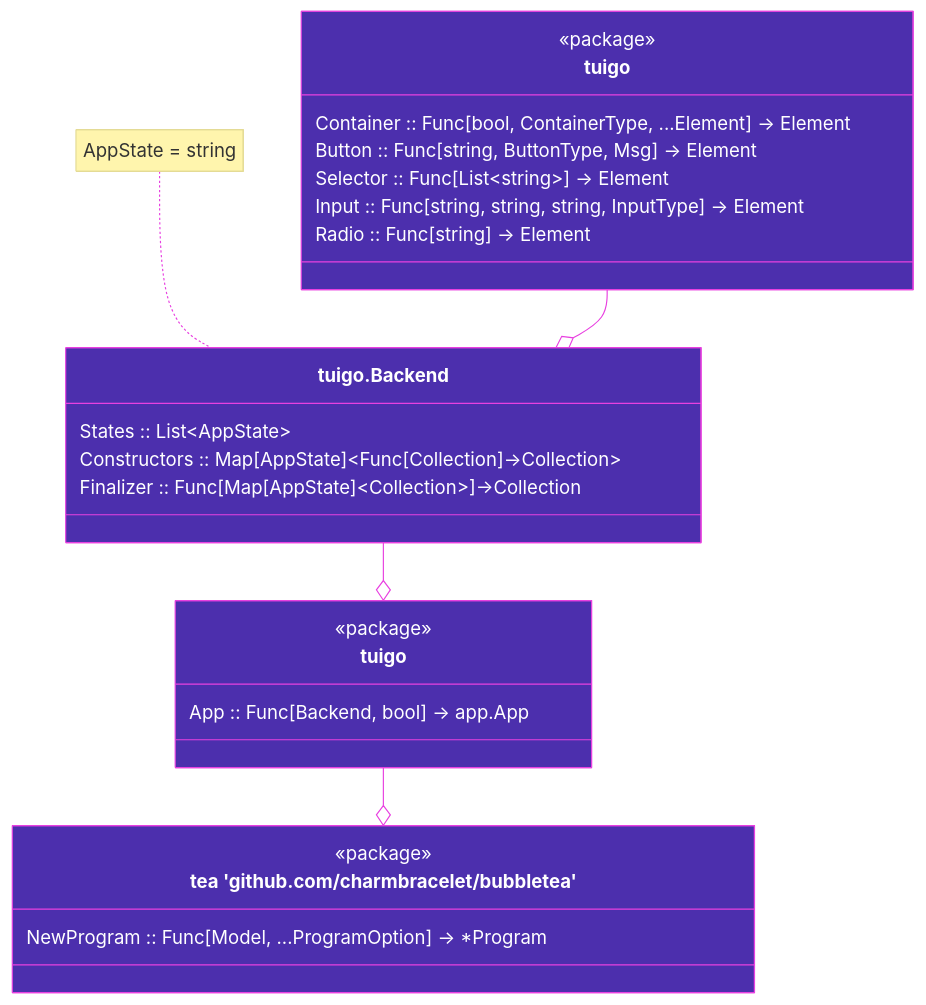
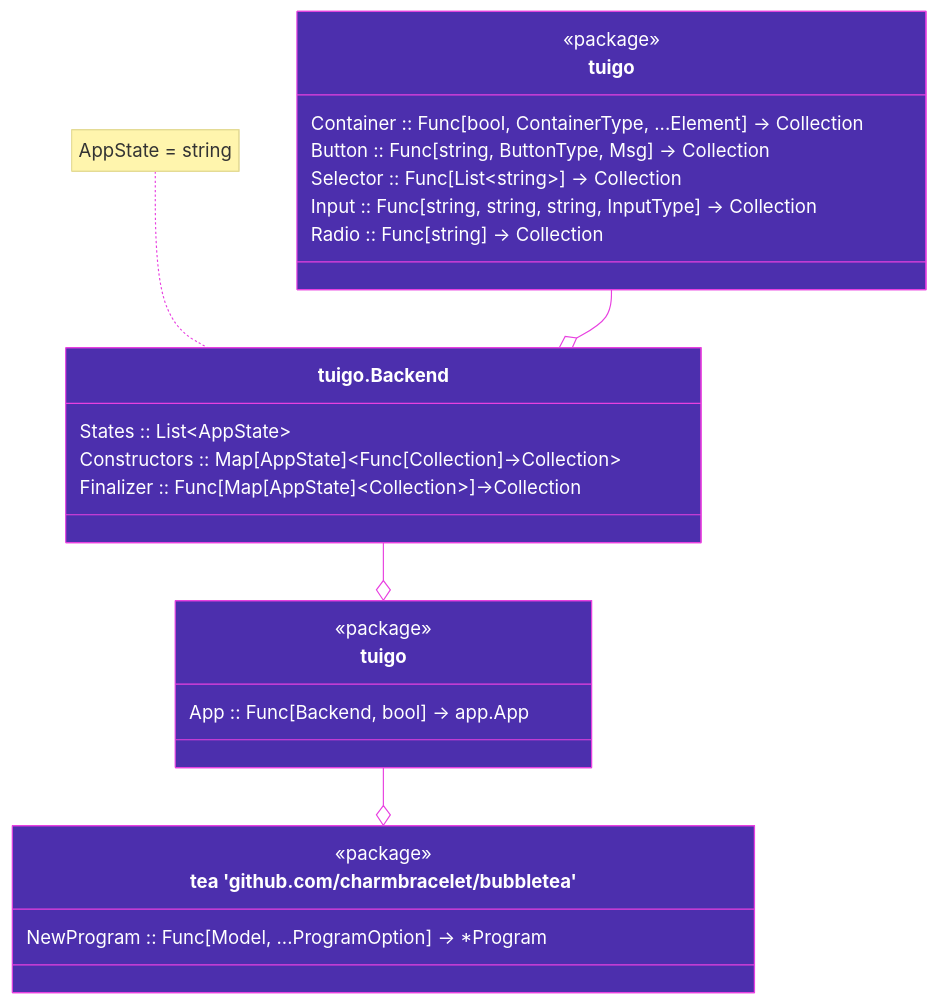
One commit to haykh/tuigo changed the first of 2 diagrams in README.md. Above: the diagram before and after it, drawn with Mermaid. The commit also changed other lines of this file and 6 other files, not shown here.

````diff
--- a/README.md
+++ b/README.md
@@ -15,45 +15,45 @@
 ```mermaid
 %%{
   init: {
     'theme': 'base',
     'themeVariables': {
         'fontFamily': 'JetBrainsMono Nerd Font, BlexMono Nerd Font, Roboto Mono, Source Code Pro, monospace',
         'primaryColor': '#4C2FAD',
         'primaryTextColor': '#FFFFFF',
         'lineColor': '#E840E0',
         'primaryBorderColor': '#E840E0'
       }
     }
 }%%
 
 classDiagram
   class tuigo {
     <<package>>
-    Container :: Func[bool, ContainerType, ...Element] -> Element
-    Button :: Func[string, ButtonType, Msg] -> Element
-    Selector :: Func[List~string~] -> Element
-    Input :: Func[string, string, string, InputType] -> Element
-    Radio :: Func[string] -> Element
+    Container :: Func[bool, ContainerType, ...Element] -> Collection
+    Button :: Func[string, ButtonType, Msg] -> Collection
+    Selector :: Func[List~string~] -> Collection
+    Input :: Func[string, string, string, InputType] -> Collection
+    Radio :: Func[string] -> Collection
   }
 
   class Backend["tuigo.Backend"]{
     States :: List~AppState~
     Constructors :: Map[AppState]~Func[Collection]->Collection~
     Finalizer :: Func[Map[AppState]~Collection~]->Collection
   }
 
   class NewApp["tuigo"] {
     <<package>>
     App :: Func[Backend, bool] -> app.App
   }
   note for Backend "AppState = string"
 
   class tea["tea 'github.com/charmbracelet/bubbletea'"] {
     <<package>>
     NewProgram :: Func[Model, ...ProgramOption] -> *Program
   }
 
   tuigo --o Backend
   NewApp --o tea
   Backend --o NewApp
 ```
````
